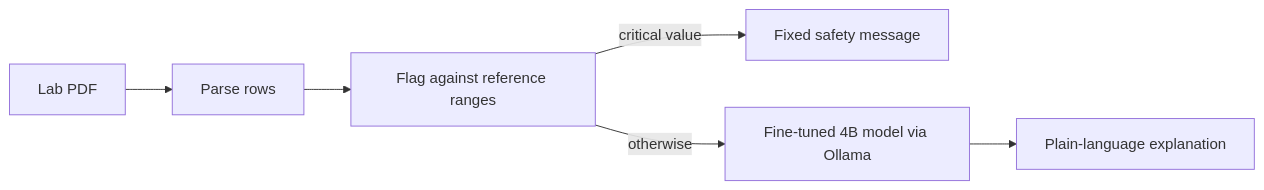
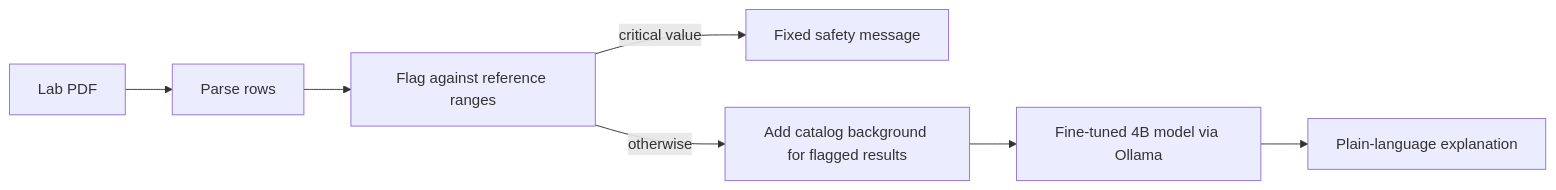
Before and after one commit to Kadirify/MedLocal: the diagram in README.md, drawn with Mermaid. The commit also changed other lines of this file and 8 other files, not shown here.

````diff
--- a/README.md
+++ b/README.md
@@ -11,8 +11,9 @@
 ```mermaid
 flowchart LR
     P[Lab PDF] --> R[Parse rows]
     R --> F[Flag against reference ranges]
     F -->|critical value| S[Fixed safety message]
-    F -->|otherwise| M[Fine-tuned 4B model via Ollama]
+    F -->|otherwise| B[Add catalog background for flagged results]
+    B --> M[Fine-tuned 4B model via Ollama]
     M --> E[Plain-language explanation]
 ```
````
